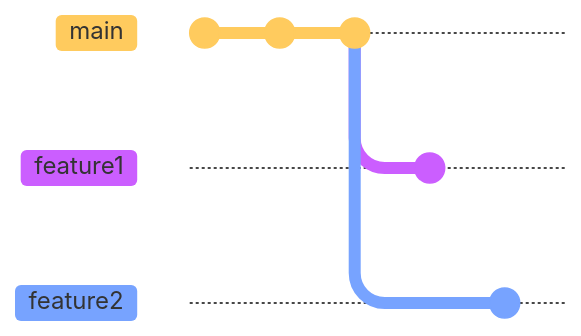
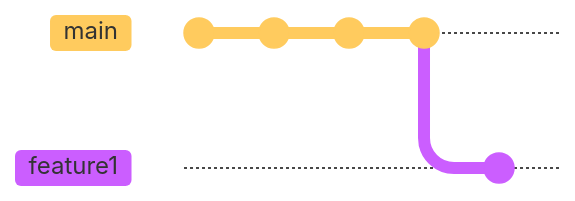
Before and after one commit to mikelorant/from-ticket-to-pull-request: the sixth of 6 diagrams in pages/do-the-change.md, drawn with Mermaid. The commit also changed other lines of this file and 2 other files, not shown here. Commit ids are hidden.

````diff
--- a/pages/do-the-change.md
+++ b/pages/do-the-change.md
@@ -255,13 +214,11 @@
 ```mermaid {scale: 0.8}
 %%{init: {'theme': 'base', 'gitGraph': {'showCommitLabel': false}} }%%
 gitGraph
   commit
   commit
+  checkout main
+  commit
   commit
   branch feature1
   commit
-  checkout main
-  branch feature2
-  commit
-  checkout main
 ```
````
